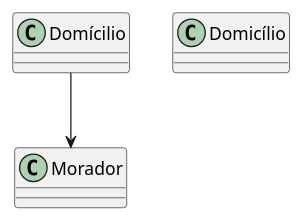
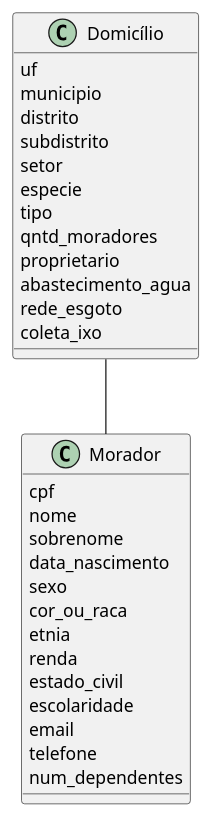
One commit to Projetos-de-Extensao/PBE_25.1_8002_QuarterBackers changed the diagram in docs/assets/Diagrama_de_Classes/diagrama.puml. Above: the diagram before and after it, drawn with PlantUML.

Commit message:
Atualizando diagrama de classes

```diff
--- a/docs/assets/Diagrama_de_Classes/diagrama.puml
+++ b/docs/assets/Diagrama_de_Classes/diagrama.puml
@@ -1,13 +1,36 @@
 @startuml diagrama_de_classes
 
 class Morador {
-    
+    cpf
+    nome
+    sobrenome
+    data_nascimento
+    sexo
+    cor_ou_raca
+    etnia
+    renda
+    estado_civil
+    escolaridade
+    email
+    telefone
+    num_dependentes
 }
 
 class Domicílio {
-
+    uf
+    municipio
+    distrito
+    subdistrito
+    setor
+    especie
+    tipo
+    qntd_moradores
+    proprietario
+    abastecimento_agua
+    rede_esgoto
+    coleta_ixo
 }
 
-Domícilio --> Morador
+Domicílio -- Morador
 
 @enduml
```
